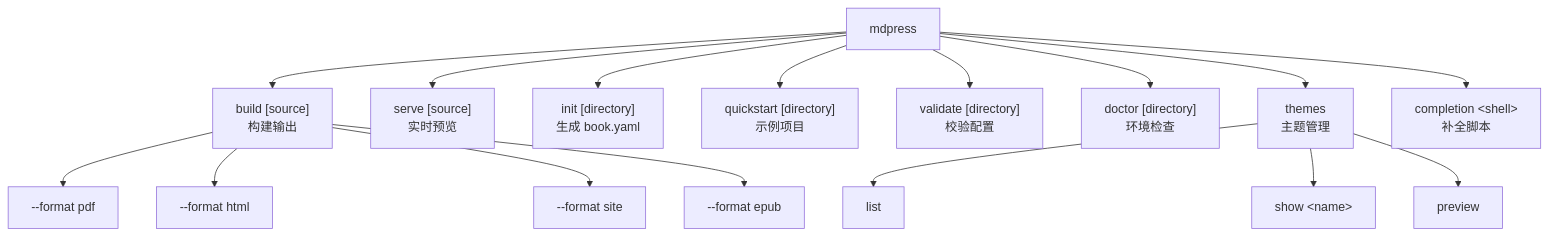
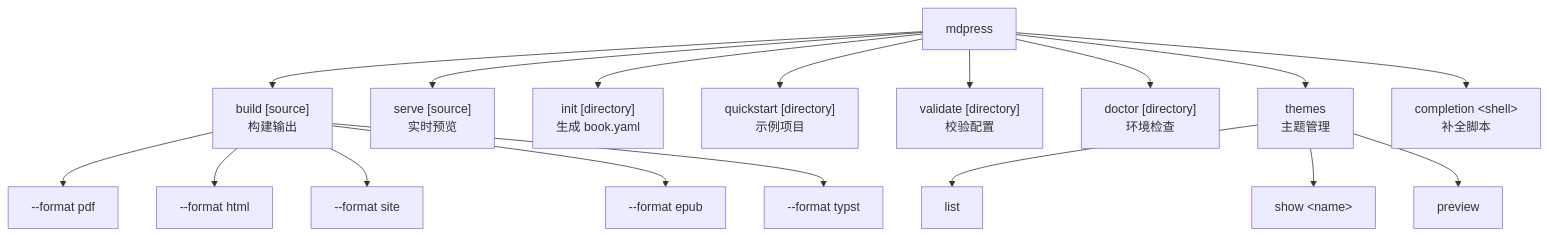
Before and after one commit to yeasy/mdPress: the first of 2 diagrams in docs/COMMANDS_zh.md, drawn with Mermaid. The commit also changed other lines of this file and 11 other files, not shown here.

First line of the commit message:
release: v0.4.0 — Typst backend, parallel builds, PDF enhancements, PlantUML

````diff
--- a/docs/COMMANDS_zh.md
+++ b/docs/COMMANDS_zh.md
@@ -9,22 +9,23 @@
 ```mermaid
 flowchart TD
     root["mdpress"]
 
     root --> build["build [source]<br/>构建输出"]
     root --> serve["serve [source]<br/>实时预览"]
     root --> init["init [directory]<br/>生成 book.yaml"]
     root --> quickstart["quickstart [directory]<br/>示例项目"]
     root --> validate["validate [directory]<br/>校验配置"]
     root --> doctor["doctor [directory]<br/>环境检查"]
     root --> themes["themes<br/>主题管理"]
     root --> completion["completion &lt;shell&gt;<br/>补全脚本"]
 
     themes --> list["list"]
     themes --> show["show &lt;name&gt;"]
     themes --> preview["preview"]
 
     build --> pdf["--format pdf"]
     build --> html["--format html"]
     build --> site["--format site"]
     build --> epub["--format epub"]
+    build --> typst["--format typst"]
 ```
````
